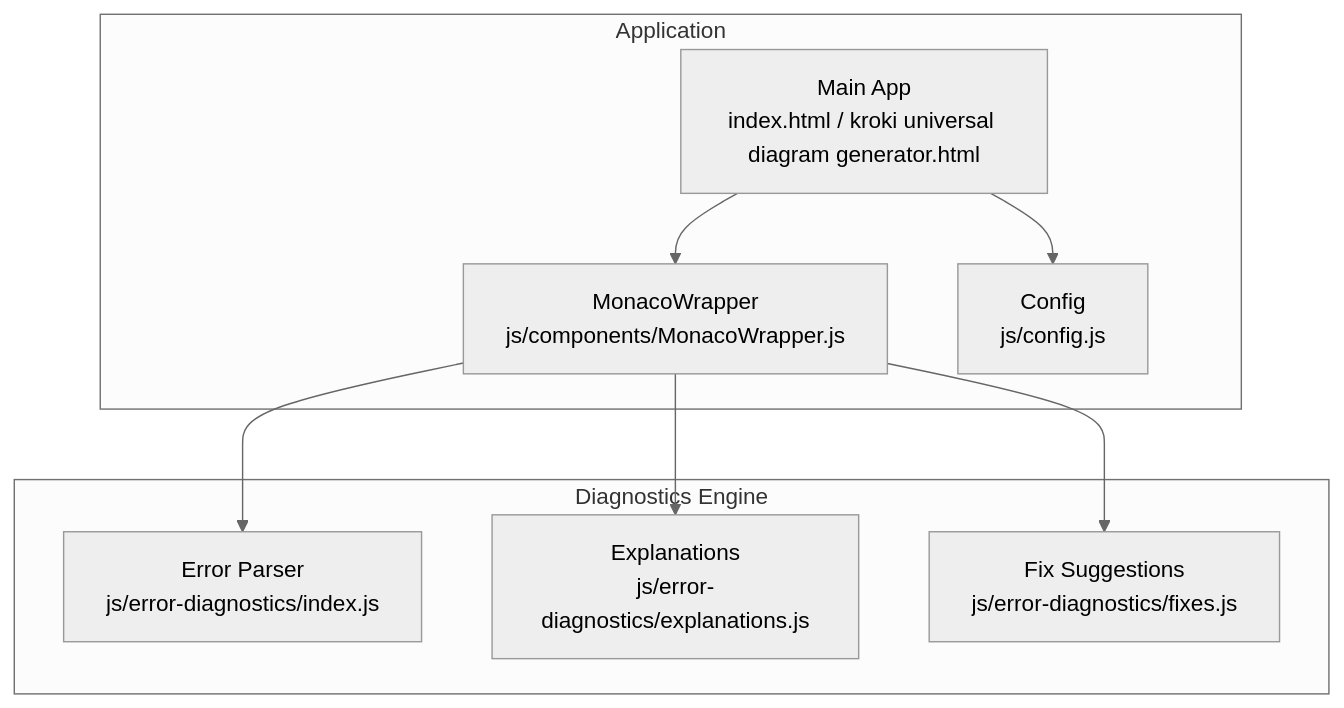
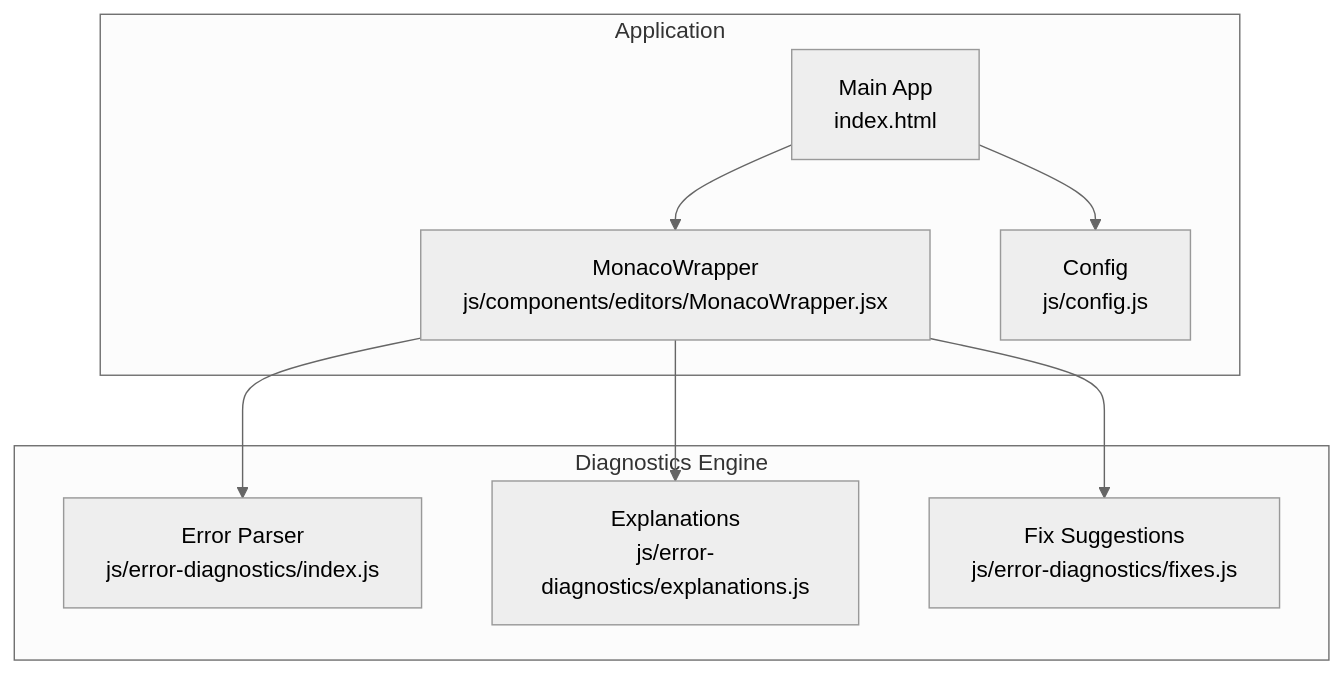
The first of 3 diagrams in .qoder/repowiki/en/content/Error Detection and Diagnostics.md (ongchonghian/universal-diagram-editor), drawn with Mermaid (neutral theme) before and after one commit. The commit also changed other lines of this file and 31 other files, not shown here.

````diff
--- a/.qoder/repowiki/en/content/Error Detection and Diagnostics.md
+++ b/.qoder/repowiki/en/content/Error Detection and Diagnostics.md
@@ -43,18 +42,18 @@
 ```mermaid
 graph TB
 subgraph "Application"
-APP["Main App<br/>index.html / kroki universal diagram generator.html"]
-WRAP["MonacoWrapper<br/>js/components/MonacoWrapper.js"]
+APP["Main App<br/>index.html"]
+WRAP["MonacoWrapper<br/>js/components/editors/MonacoWrapper.jsx"]
 CFG["Config<br/>js/config.js"]
 end
 subgraph "Diagnostics Engine"
 PARSER["Error Parser<br/>js/error-diagnostics/index.js"]
 EXPL["Explanations<br/>js/error-diagnostics/explanations.js"]
 FIXES["Fix Suggestions<br/>js/error-diagnostics/fixes.js"]
 end
 APP --> WRAP
 WRAP --> PARSER
 WRAP --> EXPL
 WRAP --> FIXES
 APP --> CFG
 ```
````
